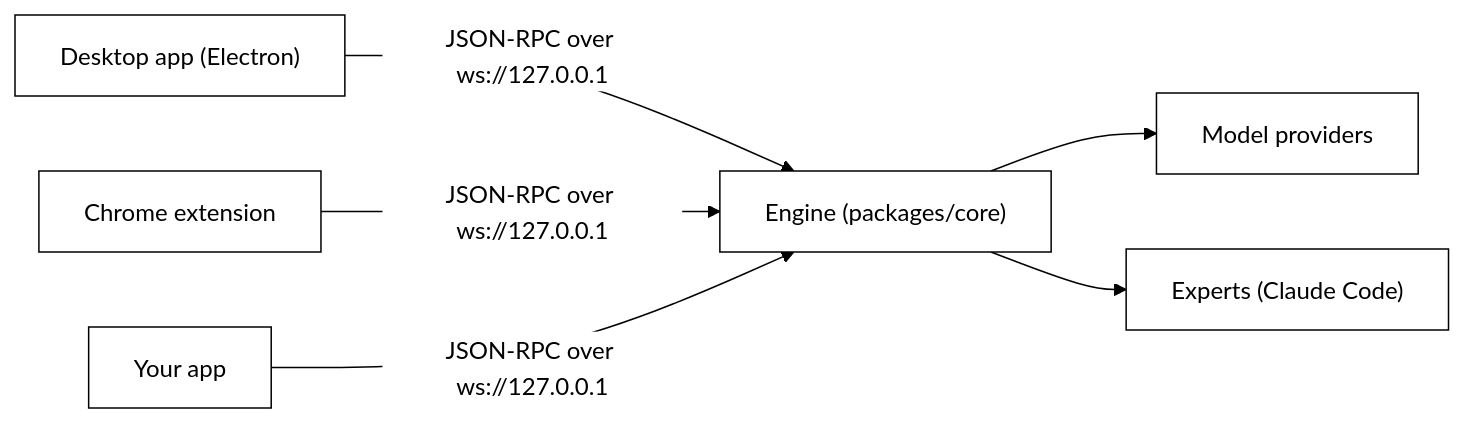
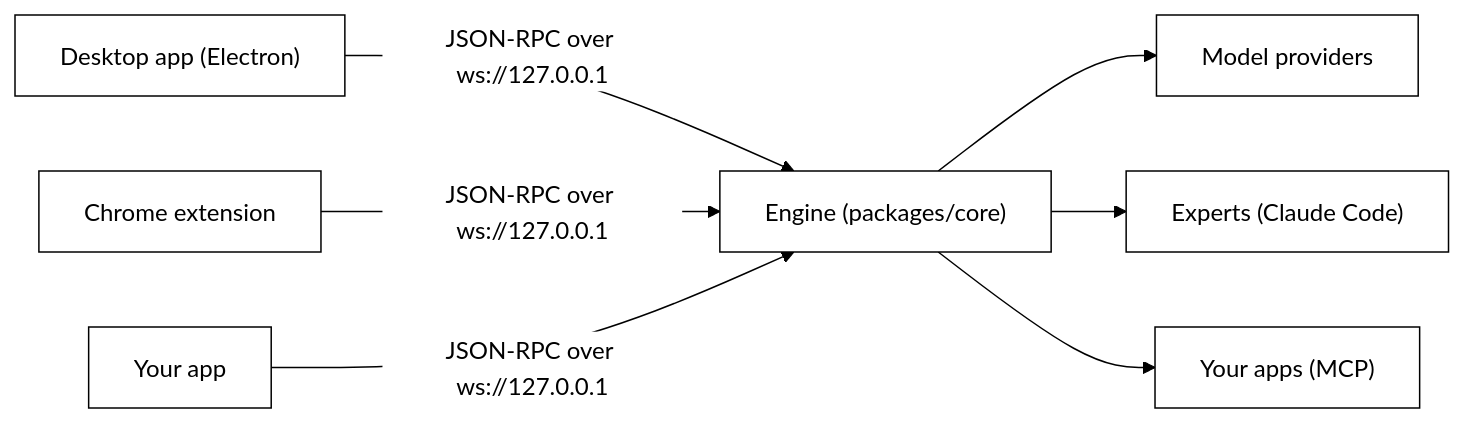
One commit to nadeem4/tagalong changed the diagram in README.md. Above: the diagram before and after it, drawn with Mermaid. The commit also changed other lines of this file and 22 other files, not shown here.

First line of the commit message:
feat: connect your apps (MCP), part 2: Home Connections page and the confirm card (#72)

````diff
--- a/README.md
+++ b/README.md
@@ -68,9 +70,10 @@
 ```mermaid
 %%{init: {"theme": "base", "themeVariables": {"primaryColor": "#ffffff", "primaryTextColor": "#000000", "primaryBorderColor": "#000000", "lineColor": "#000000", "secondaryColor": "#ffffff", "tertiaryColor": "#ffffff", "background": "#ffffff"}}}%%
 flowchart LR
   desktop["Desktop app (Electron)"] -->|"JSON-RPC over ws://127.0.0.1"| engine["Engine (packages/core)"]
   extension["Chrome extension"] -->|"JSON-RPC over ws://127.0.0.1"| engine
   yours["Your app"] -->|"JSON-RPC over ws://127.0.0.1"| engine
   engine --> models["Model providers"]
   engine --> experts["Experts (Claude Code)"]
+  engine --> apps["Your apps (MCP)"]
 ```
````
